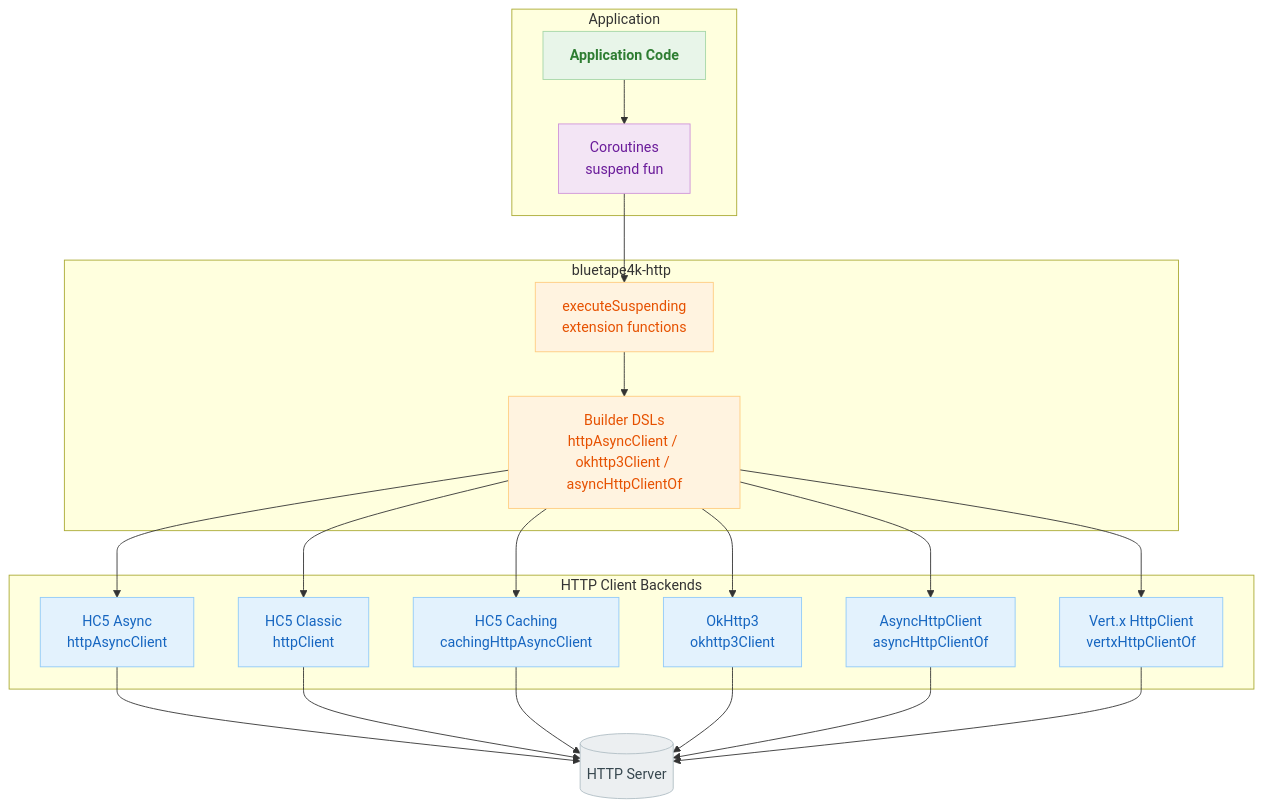
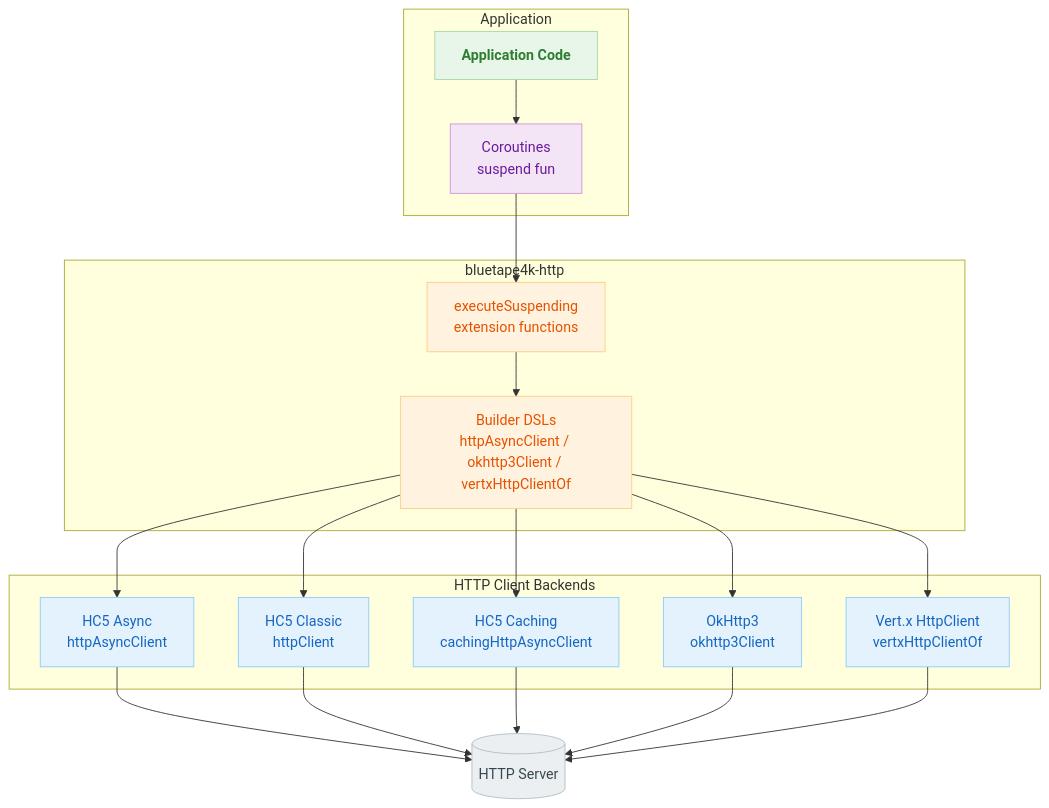
The first of 4 diagrams in io/http/README.md (bluetape4k/bluetape4k-projects), drawn with Mermaid before and after one commit. The commit also changed other lines of this file and 26 other files, not shown here.

First line of the commit message:
refactor: AHC(AsyncHttpClient) 통합 전면 제거 (#109) (#117)

````diff
--- a/io/http/README.md
+++ b/io/http/README.md
@@ -15,49 +15,46 @@
 ```mermaid
 flowchart TD
     subgraph Application["Application"]
         APP[Application Code]
         CO[Coroutines\nsuspend fun]
     end
 
     subgraph bluetape4k-http
         EXT[executeSuspending\nextension functions]
-        DSL[Builder DSLs\nhttpAsyncClient / okhttp3Client / asyncHttpClientOf]
+        DSL[Builder DSLs\nhttpAsyncClient / okhttp3Client / vertxHttpClientOf]
     end
 
     subgraph Backends["HTTP Client Backends"]
         HC5A[HC5 Async\nhttpAsyncClient]
         HC5C[HC5 Classic\nhttpClient]
         HC5CA[HC5 Caching\ncachingHttpAsyncClient]
         OKH[OkHttp3\nokhttp3Client]
-        AHC[AsyncHttpClient\nasyncHttpClientOf]
         VTX[Vert.x HttpClient\nvertxHttpClientOf]
     end
 
     APP --> CO
     CO --> EXT
     EXT --> DSL
     DSL --> HC5A
     DSL --> HC5C
     DSL --> HC5CA
     DSL --> OKH
-    DSL --> AHC
     DSL --> VTX
     HC5A --> SERVER[(HTTP Server)]
     HC5C --> SERVER
     HC5CA --> SERVER
     OKH --> SERVER
-    AHC --> SERVER
     VTX --> SERVER
 
     classDef coreStyle fill:#E8F5E9,stroke:#A5D6A7,color:#2E7D32,font-weight:bold
     classDef asyncStyle fill:#F3E5F5,stroke:#CE93D8,color:#6A1B9A
     classDef serviceStyle fill:#E3F2FD,stroke:#90CAF9,color:#1565C0
     classDef utilStyle fill:#FFF3E0,stroke:#FFCC80,color:#E65100
     classDef extStyle fill:#ECEFF1,stroke:#B0BEC5,color:#37474F
 
     class APP coreStyle
     class CO asyncStyle
     class EXT,DSL utilStyle
-    class HC5A,HC5C,HC5CA,OKH,AHC,VTX serviceStyle
+    class HC5A,HC5C,HC5CA,OKH,VTX serviceStyle
     class SERVER extStyle
 ```
````
